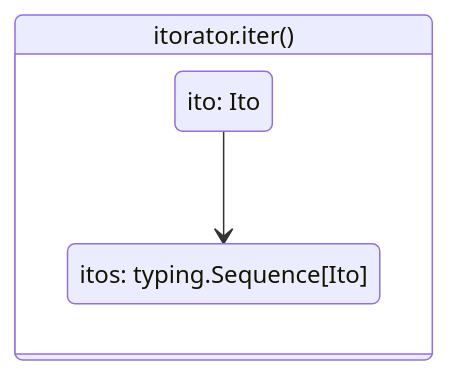
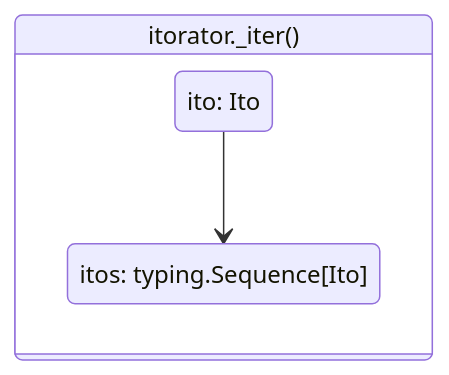
One commit to rlayers/pawpaw changed the second of 8 diagrams in docs/4. Arborform.md. Above: the diagram before and after it, drawn with Mermaid. The commit also changed other lines of this file, not shown here.

````diff
--- a/docs/4. Arborform.md
+++ b/docs/4. Arborform.md
@@ -68,10 +68,10 @@
 ```mermaid
 stateDiagram-v2
   direction TB
-  iter: itorator.iter()
+  iter: itorator._iter()
   state iter {
     state "ito: Ito" as ito
     state "itos: typing.Sequence[Ito]" as itos
     ito --> itos
   }
 ```
````
